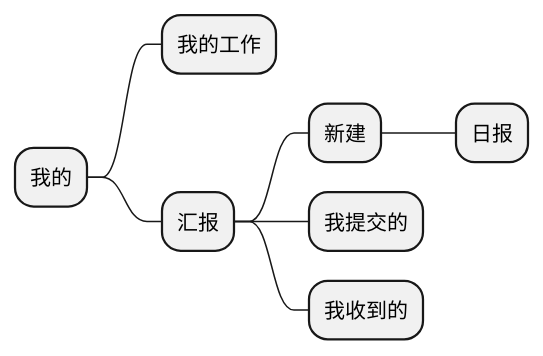
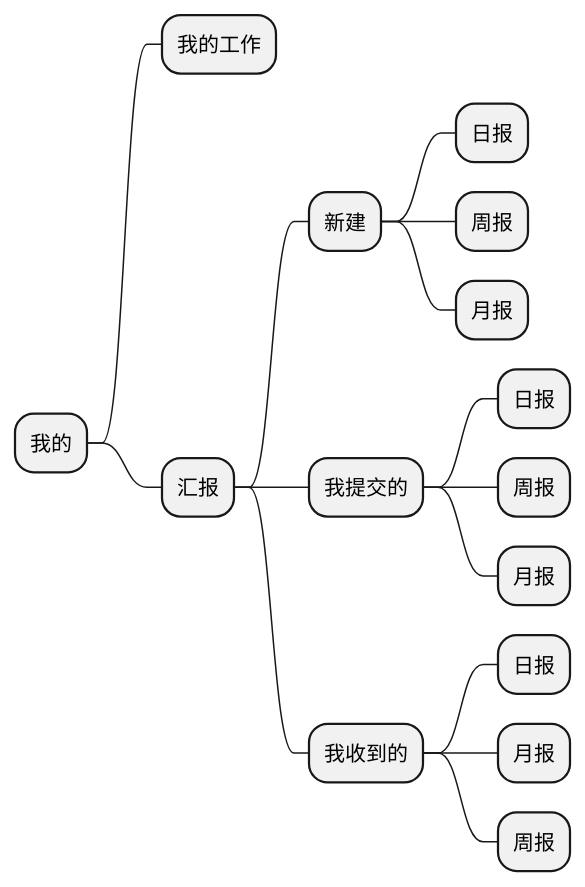
The diagram in ibizpms-docs/src/main/doc/v1/app/mob/My.md (zj335841911/nt_chandao), drawn with PlantUML before and after one commit. The commit also changed other lines of this file and 5 other files, not shown here.

```diff
--- a/ibizpms-docs/src/main/doc/v1/app/mob/My.md
+++ b/ibizpms-docs/src/main/doc/v1/app/mob/My.md
@@ -5,11 +5,19 @@
 {% plantuml %}
 @startmindmap
 * 我的
 ** 我的工作
 ** 汇报
 *** 新建
 **** 日报
+**** 周报
+**** 月报
 *** 我提交的
+**** 日报
+**** 周报
+**** 月报
 *** 我收到的
+**** 日报
+**** 月报
+**** 周报
 @endmindmap
 {% endplantuml %}
```
